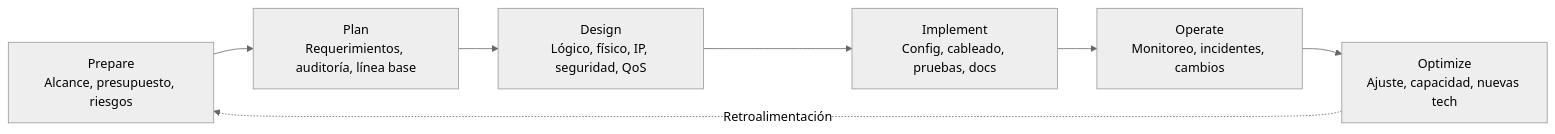
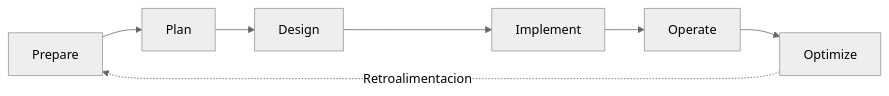
Before and after one commit to Mateo-404/AGI: the first of 2 diagrams in contenido/introduccion-comunicaciones/lecciones/l7-1.md, drawn with Mermaid (neutral theme). The commit also changed other lines of this file and 27 other files, not shown here.

First line of the commit message:
introduccion-comunicaciones: expandir lecciones, agregar diagramas Mermaid, bloques interactivos y corregir orígenes

````diff
--- a/contenido/introduccion-comunicaciones/lecciones/l7-1.md
+++ b/contenido/introduccion-comunicaciones/lecciones/l7-1.md
@@ -22,9 +22,9 @@
 ```mermaid Ciclo de vida PPDIOO
 flowchart LR
-    P1[Prepare<br/>Alcance, presupuesto, riesgos] --> P2[Plan<br/>Requerimientos, auditoría, línea base]
-    P2 --> P3[Design<br/>Lógico, físico, IP, seguridad, QoS]
-    P3 --> P4[Implement<br/>Config, cableado, pruebas, docs]
-    P4 --> P5[Operate<br/>Monitoreo, incidentes, cambios]
-    P5 --> P6[Optimize<br/>Ajuste, capacidad, nuevas tech]
-    P6 -.->|Retroalimentación| P1
+    P1[Prepare] --> P2[Plan]
+    P2 --> P3[Design]
+    P3 --> P4[Implement]
+    P4 --> P5[Operate]
+    P5 --> P6[Optimize]
+    P6 -.->|Retroalimentacion| P1
 ```
````
